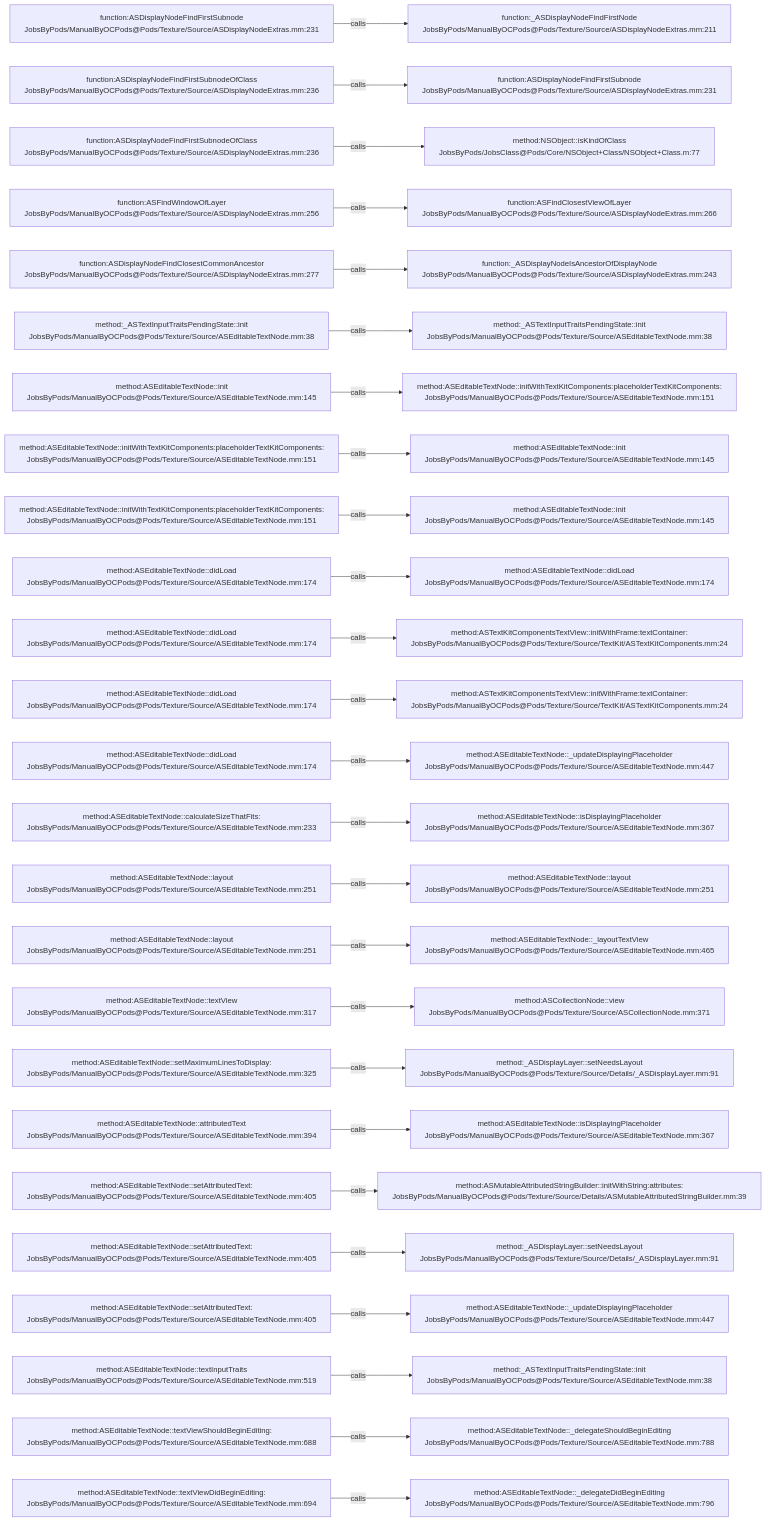
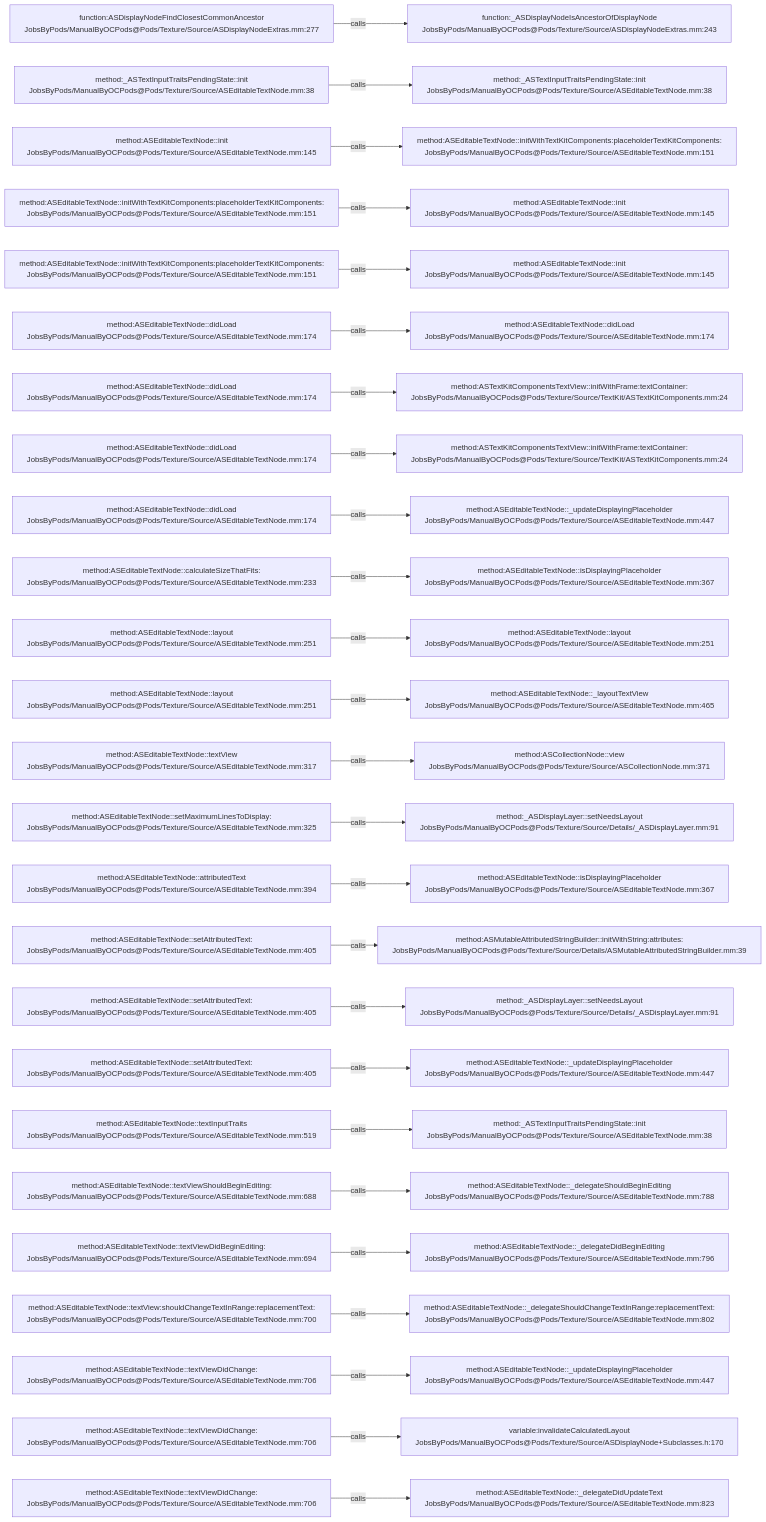
Before and after one commit to JobsKits/JobsOCBaseConfigDemo: the diagram in .codegraph/codegraph.md/graphs/calls-105.md, drawn with Mermaid. The commit also changed 727 other files, not shown here.

````diff
--- a/.codegraph/codegraph.md/graphs/calls-105.md
+++ b/.codegraph/codegraph.md/graphs/calls-105.md
@@ -13,78 +13,78 @@
 ```mermaid
 flowchart LR
-  S1["function:ASDisplayNodeFindFirstSubnode<br/>JobsByPods/ManualByOCPods@Pods/Texture/Source/ASDisplayNodeExtras.mm:231"]
-  T1["function:_ASDisplayNodeFindFirstNode<br/>JobsByPods/ManualByOCPods@Pods/Texture/Source/ASDisplayNodeExtras.mm:211"]
+  S1["function:ASDisplayNodeFindClosestCommonAncestor<br/>JobsByPods/ManualByOCPods@Pods/Texture/Source/ASDisplayNodeExtras.mm:277"]
+  T1["function:_ASDisplayNodeIsAncestorOfDisplayNode<br/>JobsByPods/ManualByOCPods@Pods/Texture/Source/ASDisplayNodeExtras.mm:243"]
   S1 -->|calls| T1
-  S2["function:ASDisplayNodeFindFirstSubnodeOfClass<br/>JobsByPods/ManualByOCPods@Pods/Texture/Source/ASDisplayNodeExtras.mm:236"]
-  T2["function:ASDisplayNodeFindFirstSubnode<br/>JobsByPods/ManualByOCPods@Pods/Texture/Source/ASDisplayNodeExtras.mm:231"]
+  S2["method:_ASTextInputTraitsPendingState::init<br/>JobsByPods/ManualByOCPods@Pods/Texture/Source/ASEditableTextNode.mm:38"]
+  T2["method:_ASTextInputTraitsPendingState::init<br/>JobsByPods/ManualByOCPods@Pods/Texture/Source/ASEditableTextNode.mm:38"]
   S2 -->|calls| T2
-  S3["function:ASDisplayNodeFindFirstSubnodeOfClass<br/>JobsByPods/ManualByOCPods@Pods/Texture/Source/ASDisplayNodeExtras.mm:236"]
-  T3["method:NSObject::isKindOfClass<br/>JobsByPods/JobsClass@Pods/Core/NSObject+Class/NSObject+Class.m:77"]
+  S3["method:ASEditableTextNode::init<br/>JobsByPods/ManualByOCPods@Pods/Texture/Source/ASEditableTextNode.mm:145"]
+  T3["method:ASEditableTextNode::initWithTextKitComponents:placeholderTextKitComponents:<br/>JobsByPods/ManualByOCPods@Pods/Texture/Source/ASEditableTextNode.mm:151"]
   S3 -->|calls| T3
-  S4["function:ASFindWindowOfLayer<br/>JobsByPods/ManualByOCPods@Pods/Texture/Source/ASDisplayNodeExtras.mm:256"]
-  T4["function:ASFindClosestViewOfLayer<br/>JobsByPods/ManualByOCPods@Pods/Texture/Source/ASDisplayNodeExtras.mm:266"]
+  S4["method:ASEditableTextNode::initWithTextKitComponents:placeholderTextKitComponents:<br/>JobsByPods/ManualByOCPods@Pods/Texture/Source/ASEditableTextNode.mm:151"]
+  T4["method:ASEditableTextNode::init<br/>JobsByPods/ManualByOCPods@Pods/Texture/Source/ASEditableTextNode.mm:145"]
   S4 -->|calls| T4
-  S5["function:ASDisplayNodeFindClosestCommonAncestor<br/>JobsByPods/ManualByOCPods@Pods/Texture/Source/ASDisplayNodeExtras.mm:277"]
-  T5["function:_ASDisplayNodeIsAncestorOfDisplayNode<br/>JobsByPods/ManualByOCPods@Pods/Texture/Source/ASDisplayNodeExtras.mm:243"]
+  S5["method:ASEditableTextNode::initWithTextKitComponents:placeholderTextKitComponents:<br/>JobsByPods/ManualByOCPods@Pods/Texture/Source/ASEditableTextNode.mm:151"]
+  T5["method:ASEditableTextNode::init<br/>JobsByPods/ManualByOCPods@Pods/Texture/Source/ASEditableTextNode.mm:145"]
   S5 -->|calls| T5
-  S6["method:_ASTextInputTraitsPendingState::init<br/>JobsByPods/ManualByOCPods@Pods/Texture/Source/ASEditableTextNode.mm:38"]
-  T6["method:_ASTextInputTraitsPendingState::init<br/>JobsByPods/ManualByOCPods@Pods/Texture/Source/ASEditableTextNode.mm:38"]
+  S6["method:ASEditableTextNode::didLoad<br/>JobsByPods/ManualByOCPods@Pods/Texture/Source/ASEditableTextNode.mm:174"]
+  T6["method:ASEditableTextNode::didLoad<br/>JobsByPods/ManualByOCPods@Pods/Texture/Source/ASEditableTextNode.mm:174"]
   S6 -->|calls| T6
-  S7["method:ASEditableTextNode::init<br/>JobsByPods/ManualByOCPods@Pods/Texture/Source/ASEditableTextNode.mm:145"]
-  T7["method:ASEditableTextNode::initWithTextKitComponents:placeholderTextKitComponents:<br/>JobsByPods/ManualByOCPods@Pods/Texture/Source/ASEditableTextNode.mm:151"]
+  S7["method:ASEditableTextNode::didLoad<br/>JobsByPods/ManualByOCPods@Pods/Texture/Source/ASEditableTextNode.mm:174"]
+  T7["method:ASTextKitComponentsTextView::initWithFrame:textContainer:<br/>JobsByPods/ManualByOCPods@Pods/Texture/Source/TextKit/ASTextKitComponents.mm:24"]
   S7 -->|calls| T7
-  S8["method:ASEditableTextNode::initWithTextKitComponents:placeholderTextKitComponents:<br/>JobsByPods/ManualByOCPods@Pods/Texture/Source/ASEditableTextNode.mm:151"]
-  T8["method:ASEditableTextNode::init<br/>JobsByPods/ManualByOCPods@Pods/Texture/Source/ASEditableTextNode.mm:145"]
+  S8["method:ASEditableTextNode::didLoad<br/>JobsByPods/ManualByOCPods@Pods/Texture/Source/ASEditableTextNode.mm:174"]
+  T8["method:ASTextKitComponentsTextView::initWithFrame:textContainer:<br/>JobsByPods/ManualByOCPods@Pods/Texture/Source/TextKit/ASTextKitComponents.mm:24"]
   S8 -->|calls| T8
-  S9["method:ASEditableTextNode::initWithTextKitComponents:placeholderTextKitComponents:<br/>JobsByPods/ManualByOCPods@Pods/Texture/Source/ASEditableTextNode.mm:151"]
-  T9["method:ASEditableTextNode::init<br/>JobsByPods/ManualByOCPods@Pods/Texture/Source/ASEditableTextNode.mm:145"]
+  S9["method:ASEditableTextNode::didLoad<br/>JobsByPods/ManualByOCPods@Pods/Texture/Source/ASEditableTextNode.mm:174"]
+  T9["method:ASEditableTextNode::_updateDisplayingPlaceholder<br/>JobsByPods/ManualByOCPods@Pods/Texture/Source/ASEditableTextNode.mm:447"]
   S9 -->|calls| T9
-  S10["method:ASEditableTextNode::didLoad<br/>JobsByPods/ManualByOCPods@Pods/Texture/Source/ASEditableTextNode.mm:174"]
-  T10["method:ASEditableTextNode::didLoad<br/>JobsByPods/ManualByOCPods@Pods/Texture/Source/ASEditableTextNode.mm:174"]
+  S10["method:ASEditableTextNode::calculateSizeThatFits:<br/>JobsByPods/ManualByOCPods@Pods/Texture/Source/ASEditableTextNode.mm:233"]
+  T10["method:ASEditableTextNode::isDisplayingPlaceholder<br/>JobsByPods/ManualByOCPods@Pods/Texture/Source/ASEditableTextNode.mm:367"]
   S10 -->|calls| T10
-  S11["method:ASEditableTextNode::didLoad<br/>JobsByPods/ManualByOCPods@Pods/Texture/Source/ASEditableTextNode.mm:174"]
-  T11["method:ASTextKitComponentsTextView::initWithFrame:textContainer:<br/>JobsByPods/ManualByOCPods@Pods/Texture/Source/TextKit/ASTextKitComponents.mm:24"]
+  S11["method:ASEditableTextNode::layout<br/>JobsByPods/ManualByOCPods@Pods/Texture/Source/ASEditableTextNode.mm:251"]
+  T11["method:ASEditableTextNode::layout<br/>JobsByPods/ManualByOCPods@Pods/Texture/Source/ASEditableTextNode.mm:251"]
   S11 -->|calls| T11
-  S12["method:ASEditableTextNode::didLoad<br/>JobsByPods/ManualByOCPods@Pods/Texture/Source/ASEditableTextNode.mm:174"]
-  T12["method:ASTextKitComponentsTextView::initWithFrame:textContainer:<br/>JobsByPods/ManualByOCPods@Pods/Texture/Source/TextKit/ASTextKitComponents.mm:24"]
+  S12["method:ASEditableTextNode::layout<br/>JobsByPods/ManualByOCPods@Pods/Texture/Source/ASEditableTextNode.mm:251"]
+  T12["method:ASEditableTextNode::_layoutTextView<br/>JobsByPods/ManualByOCPods@Pods/Texture/Source/ASEditableTextNode.mm:465"]
   S12 -->|calls| T12
-  S13["method:ASEditableTextNode::didLoad<br/>JobsByPods/ManualByOCPods@Pods/Texture/Source/ASEditableTextNode.mm:174"]
-  T13["method:ASEditableTextNode::_updateDisplayingPlaceholder<br/>JobsByPods/ManualByOCPods@Pods/Texture/Source/ASEditableTextNode.mm:447"]
+  S13["method:ASEditableTextNode::textView<br/>JobsByPods/ManualByOCPods@Pods/Texture/Source/ASEditableTextNode.mm:317"]
+  T13["method:ASCollectionNode::view<br/>JobsByPods/ManualByOCPods@Pods/Texture/Source/ASCollectionNode.mm:371"]
   S13 -->|calls| T13
-  S14["method:ASEditableTextNode::calculateSizeThatFits:<br/>JobsByPods/ManualByOCPods@Pods/Texture/Source/ASEditableTextNode.mm:233"]
-  T14["method:ASEditableTextNode::isDisplayingPlaceholder<br/>JobsByPods/ManualByOCPods@Pods/Texture/Source/ASEditableTextNode.mm:367"]
+  S14["method:ASEditableTextNode::setMaximumLinesToDisplay:<br/>JobsByPods/ManualByOCPods@Pods/Texture/Source/ASEditableTextNode.mm:325"]
+  T14["method:_ASDisplayLayer::setNeedsLayout<br/>JobsByPods/ManualByOCPods@Pods/Texture/Source/Details/_ASDisplayLayer.mm:91"]
   S14 -->|calls| T14
-  S15["method:ASEditableTextNode::layout<br/>JobsByPods/ManualByOCPods@Pods/Texture/Source/ASEditableTextNode.mm:251"]
-  T15["method:ASEditableTextNode::layout<br/>JobsByPods/ManualByOCPods@Pods/Texture/Source/ASEditableTextNode.mm:251"]
+  S15["method:ASEditableTextNode::attributedText<br/>JobsByPods/ManualByOCPods@Pods/Texture/Source/ASEditableTextNode.mm:394"]
+  T15["method:ASEditableTextNode::isDisplayingPlaceholder<br/>JobsByPods/ManualByOCPods@Pods/Texture/Source/ASEditableTextNode.mm:367"]
   S15 -->|calls| T15
-  S16["method:ASEditableTextNode::layout<br/>JobsByPods/ManualByOCPods@Pods/Texture/Source/ASEditableTextNode.mm:251"]
-  T16["method:ASEditableTextNode::_layoutTextView<br/>JobsByPods/ManualByOCPods@Pods/Texture/Source/ASEditableTextNode.mm:465"]
+  S16["method:ASEditableTextNode::setAttributedText:<br/>JobsByPods/ManualByOCPods@Pods/Texture/Source/ASEditableTextNode.mm:405"]
+  T16["method:ASMutableAttributedStringBuilder::initWithString:attributes:<br/>JobsByPods/ManualByOCPods@Pods/Texture/Source/Details/ASMutableAttributedStringBuilder.mm:39"]
   S16 -->|calls| T16
-  S17["method:ASEditableTextNode::textView<br/>JobsByPods/ManualByOCPods@Pods/Texture/Source/ASEditableTextNode.mm:317"]
-  T17["method:ASCollectionNode::view<br/>JobsByPods/ManualByOCPods@Pods/Texture/Source/ASCollectionNode.mm:371"]
+  S17["method:ASEditableTextNode::setAttributedText:<br/>JobsByPods/ManualByOCPods@Pods/Texture/Source/ASEditableTextNode.mm:405"]
+  T17["method:_ASDisplayLayer::setNeedsLayout<br/>JobsByPods/ManualByOCPods@Pods/Texture/Source/Details/_ASDisplayLayer.mm:91"]
   S17 -->|calls| T17
-  S18["method:ASEditableTextNode::setMaximumLinesToDisplay:<br/>JobsByPods/ManualByOCPods@Pods/Texture/Source/ASEditableTextNode.mm:325"]
-  T18["method:_ASDisplayLayer::setNeedsLayout<br/>JobsByPods/ManualByOCPods@Pods/Texture/Source/Details/_ASDisplayLayer.mm:91"]
+  S18["method:ASEditableTextNode::setAttributedText:<br/>JobsByPods/ManualByOCPods@Pods/Texture/Source/ASEditableTextNode.mm:405"]
+  T18["method:ASEditableTextNode::_updateDisplayingPlaceholder<br/>JobsByPods/ManualByOCPods@Pods/Texture/Source/ASEditableTextNode.mm:447"]
   S18 -->|calls| T18
-  S19["method:ASEditableTextNode::attributedText<br/>JobsByPods/ManualByOCPods@Pods/Texture/Source/ASEditableTextNode.mm:394"]
-  T19["method:ASEditableTextNode::isDisplayingPlaceholder<br/>JobsByPods/ManualByOCPods@Pods/Texture/Source/ASEditableTextNode.mm:367"]
+  S19["method:ASEditableTextNode::textInputTraits<br/>JobsByPods/ManualByOCPods@Pods/Texture/Source/ASEditableTextNode.mm:519"]
+  T19["method:_ASTextInputTraitsPendingState::init<br/>JobsByPods/ManualByOCPods@Pods/Texture/Source/ASEditableTextNode.mm:38"]
   S19 -->|calls| T19
-  S20["method:ASEditableTextNode::setAttributedText:<br/>JobsByPods/ManualByOCPods@Pods/Texture/Source/ASEditableTextNode.mm:405"]
-  T20["method:ASMutableAttributedStringBuilder::initWithString:attributes:<br/>JobsByPods/ManualByOCPods@Pods/Texture/Source/Details/ASMutableAttributedStringBuilder.mm:39"]
+  S20["method:ASEditableTextNode::textViewShouldBeginEditing:<br/>JobsByPods/ManualByOCPods@Pods/Texture/Source/ASEditableTextNode.mm:688"]
+  T20["method:ASEditableTextNode::_delegateShouldBeginEditing<br/>JobsByPods/ManualByOCPods@Pods/Texture/Source/ASEditableTextNode.mm:788"]
   S20 -->|calls| T20
-  S21["method:ASEditableTextNode::setAttributedText:<br/>JobsByPods/ManualByOCPods@Pods/Texture/Source/ASEditableTextNode.mm:405"]
-  T21["method:_ASDisplayLayer::setNeedsLayout<br/>JobsByPods/ManualByOCPods@Pods/Texture/Source/Details/_ASDisplayLayer.mm:91"]
+  S21["method:ASEditableTextNode::textViewDidBeginEditing:<br/>JobsByPods/ManualByOCPods@Pods/Texture/Source/ASEditableTextNode.mm:694"]
+  T21["method:ASEditableTextNode::_delegateDidBeginEditing<br/>JobsByPods/ManualByOCPods@Pods/Texture/Source/ASEditableTextNode.mm:796"]
   S21 -->|calls| T21
-  S22["method:ASEditableTextNode::setAttributedText:<br/>JobsByPods/ManualByOCPods@Pods/Texture/Source/ASEditableTextNode.mm:405"]
-  T22["method:ASEditableTextNode::_updateDisplayingPlaceholder<br/>JobsByPods/ManualByOCPods@Pods/Texture/Source/ASEditableTextNode.mm:447"]
+  S22["method:ASEditableTextNode::textView:shouldChangeTextInRange:replacementText:<br/>JobsByPods/ManualByOCPods@Pods/Texture/Source/ASEditableTextNode.mm:700"]
+  T22["method:ASEditableTextNode::_delegateShouldChangeTextInRange:replacementText:<br/>JobsByPods/ManualByOCPods@Pods/Texture/Source/ASEditableTextNode.mm:802"]
   S22 -->|calls| T22
-  S23["method:ASEditableTextNode::textInputTraits<br/>JobsByPods/ManualByOCPods@Pods/Texture/Source/ASEditableTextNode.mm:519"]
-  T23["method:_ASTextInputTraitsPendingState::init<br/>JobsByPods/ManualByOCPods@Pods/Texture/Source/ASEditableTextNode.mm:38"]
+  S23["method:ASEditableTextNode::textViewDidChange:<br/>JobsByPods/ManualByOCPods@Pods/Texture/Source/ASEditableTextNode.mm:706"]
+  T23["method:ASEditableTextNode::_updateDisplayingPlaceholder<br/>JobsByPods/ManualByOCPods@Pods/Texture/Source/ASEditableTextNode.mm:447"]
   S23 -->|calls| T23
-  S24["method:ASEditableTextNode::textViewShouldBeginEditing:<br/>JobsByPods/ManualByOCPods@Pods/Texture/Source/ASEditableTextNode.mm:688"]
-  T24["method:ASEditableTextNode::_delegateShouldBeginEditing<br/>JobsByPods/ManualByOCPods@Pods/Texture/Source/ASEditableTextNode.mm:788"]
+  S24["method:ASEditableTextNode::textViewDidChange:<br/>JobsByPods/ManualByOCPods@Pods/Texture/Source/ASEditableTextNode.mm:706"]
+  T24["variable:invalidateCalculatedLayout<br/>JobsByPods/ManualByOCPods@Pods/Texture/Source/ASDisplayNode+Subclasses.h:170"]
   S24 -->|calls| T24
-  S25["method:ASEditableTextNode::textViewDidBeginEditing:<br/>JobsByPods/ManualByOCPods@Pods/Texture/Source/ASEditableTextNode.mm:694"]
-  T25["method:ASEditableTextNode::_delegateDidBeginEditing<br/>JobsByPods/ManualByOCPods@Pods/Texture/Source/ASEditableTextNode.mm:796"]
+  S25["method:ASEditableTextNode::textViewDidChange:<br/>JobsByPods/ManualByOCPods@Pods/Texture/Source/ASEditableTextNode.mm:706"]
+  T25["method:ASEditableTextNode::_delegateDidUpdateText<br/>JobsByPods/ManualByOCPods@Pods/Texture/Source/ASEditableTextNode.mm:823"]
   S25 -->|calls| T25
 ```
````
